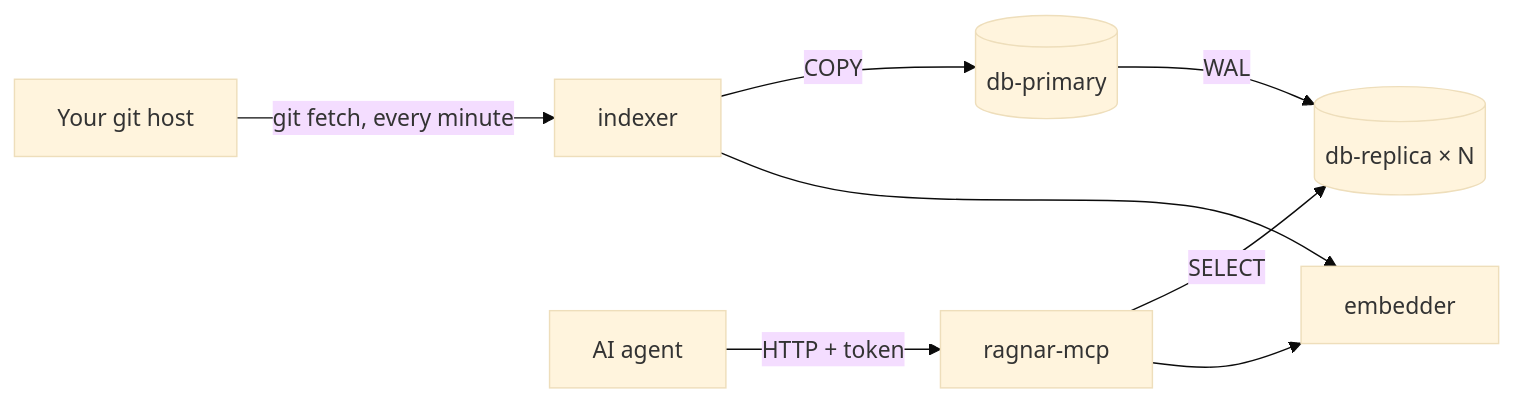
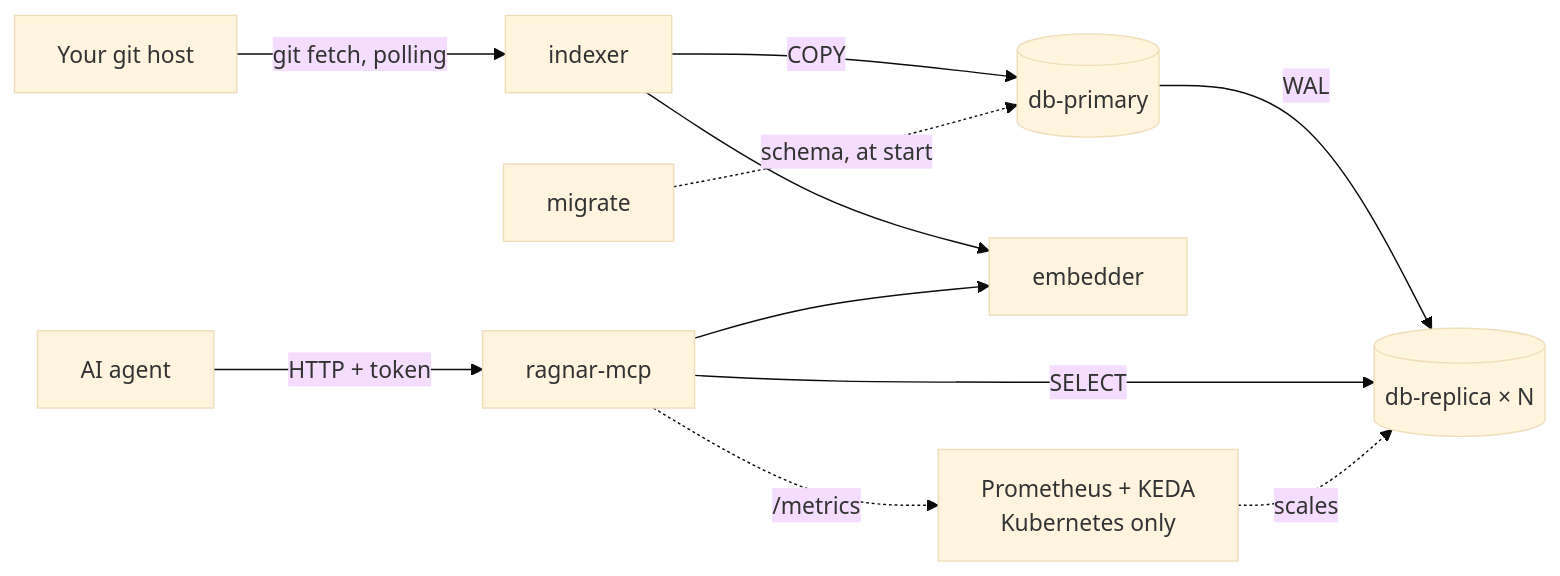
Before and after one commit to pedrojr/ragnar: the diagram in example/README.md, drawn with Mermaid (base theme). The commit also changed other lines of this file and 8 other files, not shown here.

````diff
--- a/example/README.md
+++ b/example/README.md
@@ -7,10 +7,13 @@
 ```mermaid
 flowchart LR
-    repo[Your git host] -- "git fetch, every minute" --> worker[indexer]
+    repo[Your git host] -- "git fetch, polling" --> worker[indexer]
     worker -- COPY --> primary[(db-primary)]
     worker --> embedder
+    migrate -. "schema, at start" .-> primary
     primary -- WAL --> replicas[(db-replica × N)]
     agent[AI agent] -- "HTTP + token" --> mcp[ragnar-mcp]
     mcp -- SELECT --> replicas
     mcp --> embedder
+    mcp -. "/metrics" .-> keda[Prometheus + KEDA<br/>Kubernetes only]
+    keda -. "scales" .-> replicas
 ```
````
